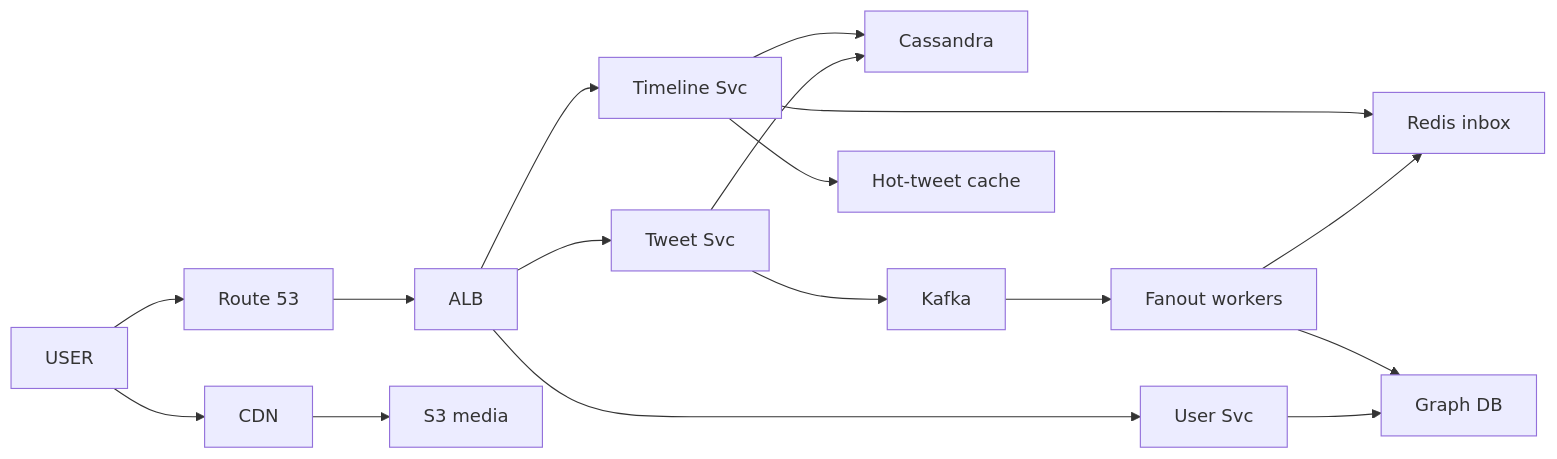
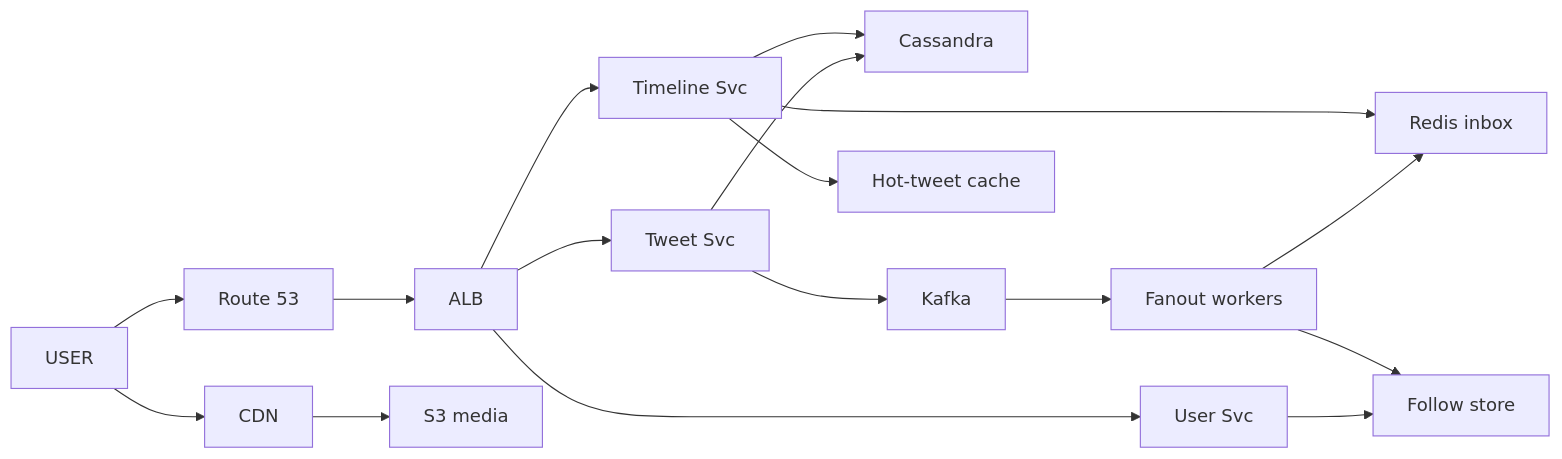
Before and after one commit to ArpanMaheshwari144/Prep: diagram 12 of 12 in 04_HLD/SYSTEM_DESIGNS/03_twitter_feed/03_twitter_feed.md, drawn with Mermaid. The commit also changed other lines of this file and 12 other files, not shown here.

````diff
--- a/04_HLD/SYSTEM_DESIGNS/03_twitter_feed/03_twitter_feed.md
+++ b/04_HLD/SYSTEM_DESIGNS/03_twitter_feed/03_twitter_feed.md
@@ -515,33 +515,33 @@
 ```mermaid
 flowchart LR
     n_USER["USER"]
     n_Route_53["Route 53"]
     n_CDN["CDN"]
     n_ALB["ALB"]
     n_Tweet_Svc["Tweet Svc"]
     n_Cassandra["Cassandra"]
     n_Kafka["Kafka"]
     n_Fanout_workers["Fanout workers"]
     n_Redis_inbox["Redis inbox"]
     n_Timeline_Svc["Timeline Svc"]
     n_Hot_tweet_cache["Hot-tweet cache"]
     n_User_Svc["User Svc"]
-    n_Graph_DB["Graph DB"]
+    n_Graph_DB["Follow store"]
     n_S3["S3 media"]
     n_USER --> n_Route_53
     n_ALB --> n_Tweet_Svc
     n_ALB --> n_Timeline_Svc
     n_ALB --> n_User_Svc
     n_Tweet_Svc --> n_Cassandra
     n_Tweet_Svc --> n_Kafka
     n_Kafka --> n_Fanout_workers
     n_Fanout_workers --> n_Redis_inbox
     n_Timeline_Svc --> n_Redis_inbox
     n_Timeline_Svc --> n_Hot_tweet_cache
     n_Timeline_Svc --> n_Cassandra
     n_User_Svc --> n_Graph_DB
     n_Fanout_workers --> n_Graph_DB
     n_Route_53 --> n_ALB
     n_USER --> n_CDN
     n_CDN --> n_S3
 ```
````
